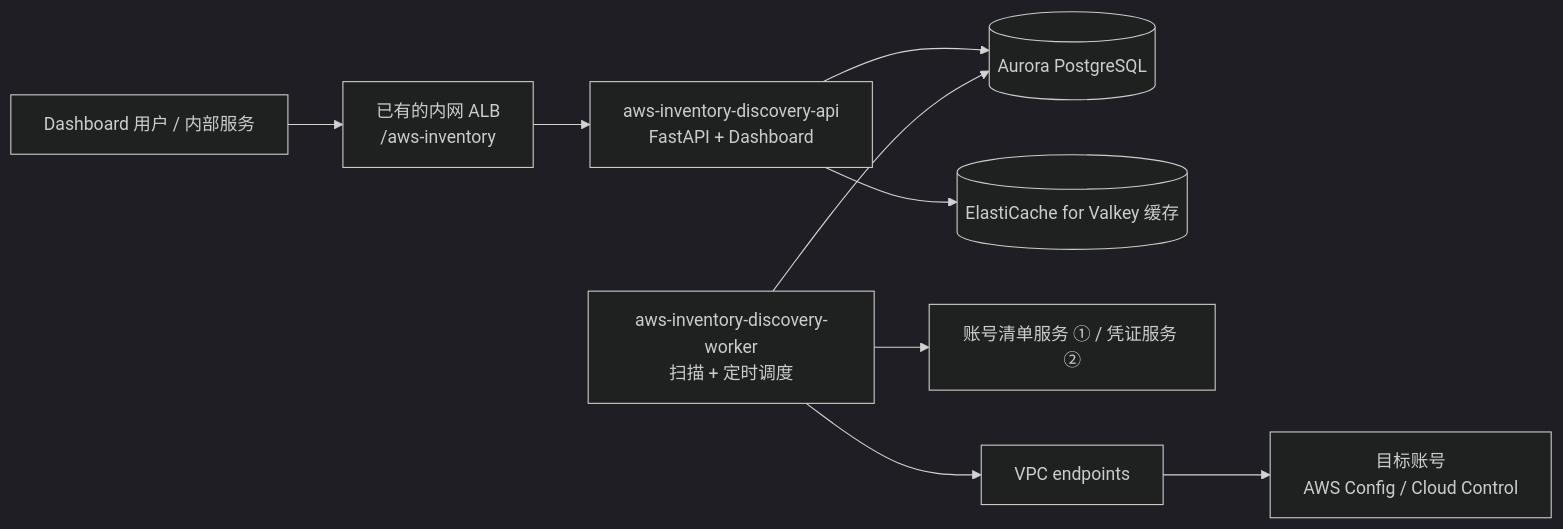
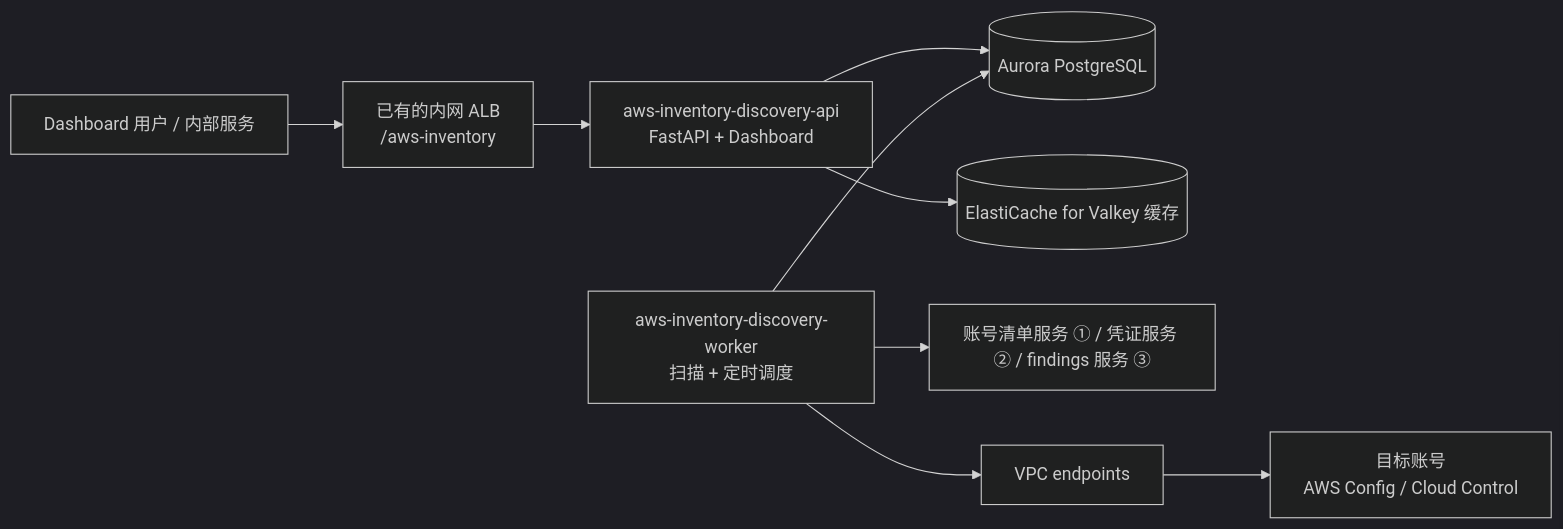
One commit to ByteChill/aws-inventory-discovery changed the diagram in README.md. Above: the diagram before and after it, drawn with Mermaid (dark theme). The commit also changed other lines of this file and 9 other files, not shown here.

````diff
--- a/README.md
+++ b/README.md
@@ -18,10 +19,10 @@
 ```mermaid
 flowchart LR
   U[Dashboard 用户 / 内部服务] --> ALB[已有的内网 ALB<br/>/aws-inventory]
   ALB --> API[aws-inventory-discovery-api<br/>FastAPI + Dashboard]
   API --> PG[(Aurora PostgreSQL)]
   API --> R[(ElastiCache for Valkey 缓存)]
   W[aws-inventory-discovery-worker<br/>扫描 + 定时调度] --> PG
-  W --> SVC[账号清单服务 ① / 凭证服务 ②]
+  W --> SVC[账号清单服务 ① / 凭证服务 ② / findings 服务 ③]
   W --> EP[VPC endpoints] --> T[目标账号<br/>AWS Config / Cloud Control]
 ```
````
